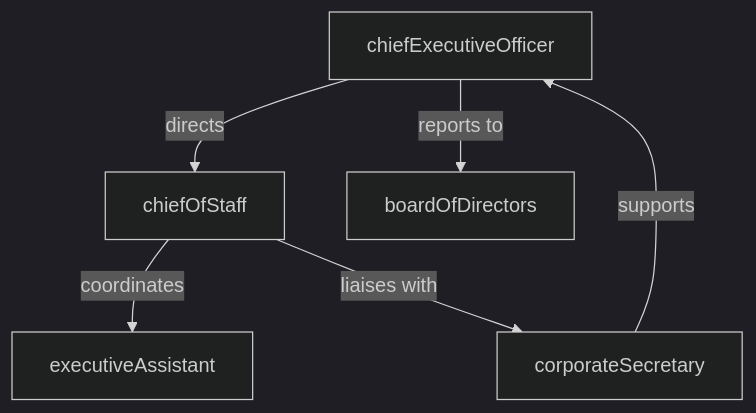
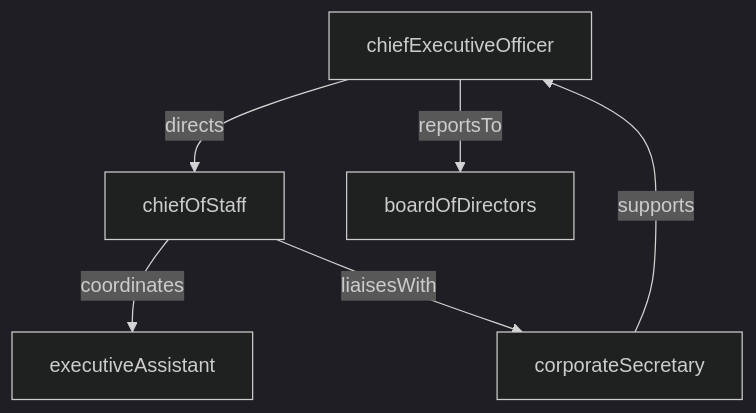
One commit to dot-org-ai/departments.org.ai changed the second of 2 diagrams in ExecutiveStrategy/OfficeOfTheCeo.mdx. Above: the diagram before and after it, drawn with Mermaid (dark theme). The commit also changed 44 other files, not shown here.

````diff
--- a/ExecutiveStrategy/OfficeOfTheCeo.mdx
+++ b/ExecutiveStrategy/OfficeOfTheCeo.mdx
@@ -90,8 +90,8 @@
 ```mermaid
 graph TD
     chiefExecutiveOfficer -->|directs| chiefOfStaff
-    chiefExecutiveOfficer -->|reports to| boardOfDirectors
+    chiefExecutiveOfficer -->|reportsTo| boardOfDirectors
     chiefOfStaff -->|coordinates| executiveAssistant
     corporateSecretary -->|supports| chiefExecutiveOfficer
-    chiefOfStaff -->|liaises with| corporateSecretary
+    chiefOfStaff -->|liaisesWith| corporateSecretary
 ```
````
